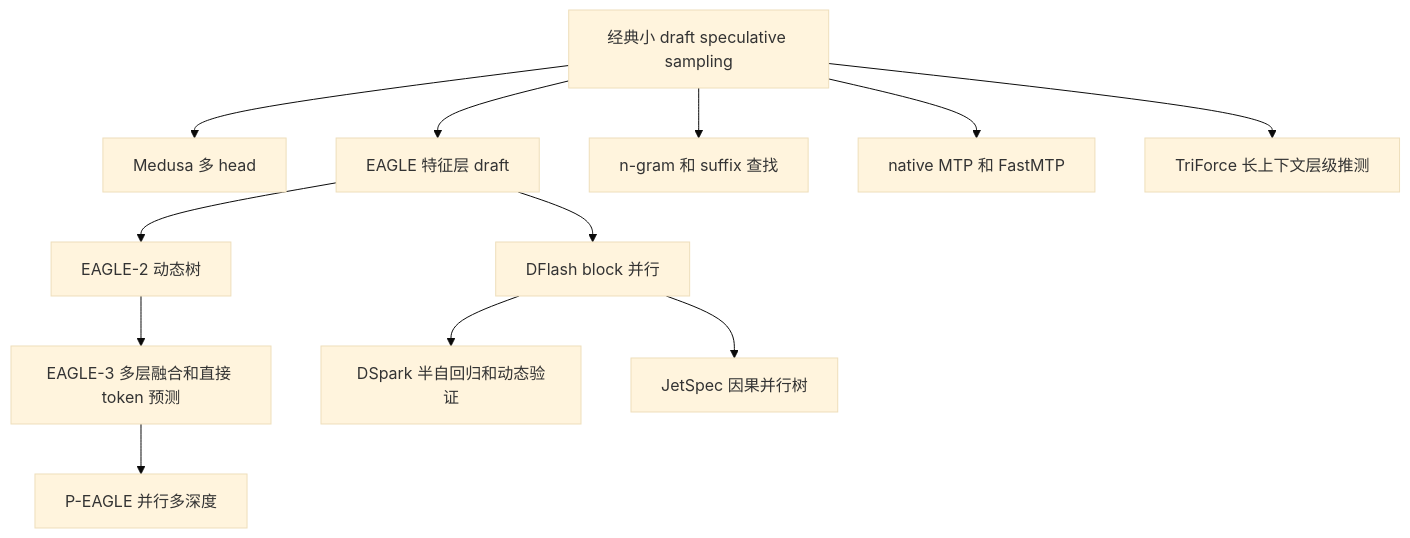
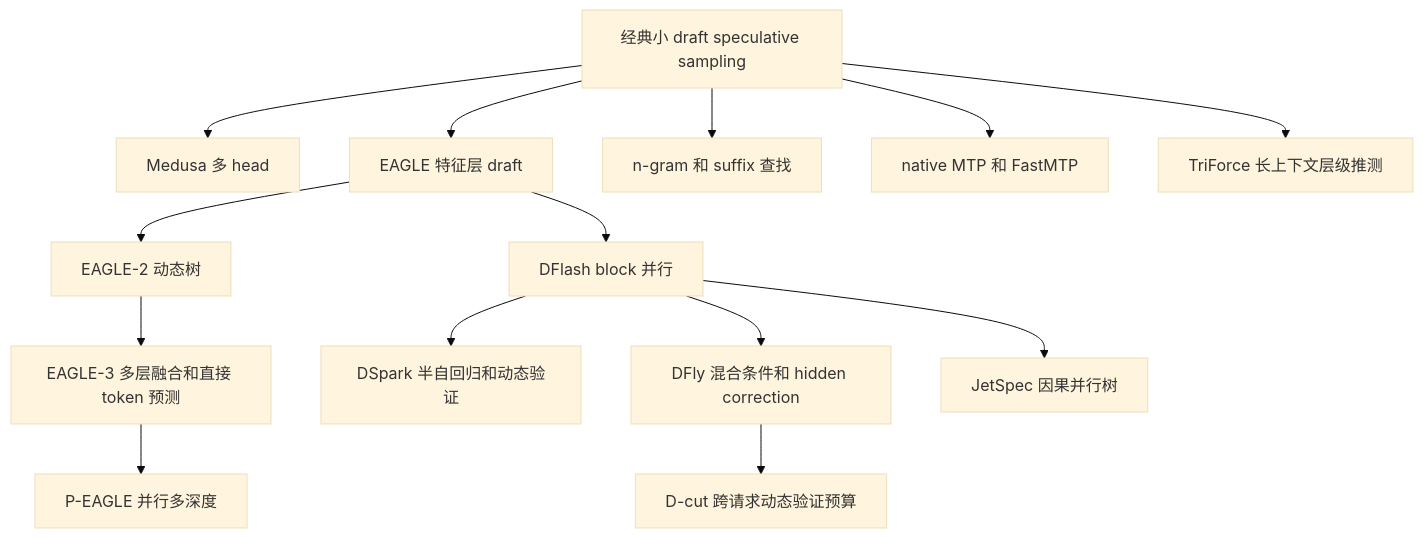
The second of 12 diagrams in Technique/speculative_decoding_technique_comparison_glm52_report_20260721.md (aliceengle/paper_and_technique_share), drawn with Mermaid (base theme) before and after one commit. The commit also changed other lines of this file and 1 other file, not shown here.

````diff
--- a/Technique/speculative_decoding_technique_comparison_glm52_report_20260721.md
+++ b/Technique/speculative_decoding_technique_comparison_glm52_report_20260721.md
@@ -352,14 +356,16 @@
 ```mermaid
 flowchart TD
     A[经典小 draft speculative sampling] --> B[Medusa 多 head]
     A --> C[EAGLE 特征层 draft]
     C --> D[EAGLE-2 动态树]
     D --> E[EAGLE-3 多层融合和直接 token 预测]
     E --> F[P-EAGLE 并行多深度]
     A --> G[n-gram 和 suffix 查找]
     A --> H[native MTP 和 FastMTP]
     C --> I[DFlash block 并行]
     I --> J[DSpark 半自回归和动态验证]
+    I --> M[DFly 混合条件和 hidden correction]
+    M --> N[D-cut 跨请求动态验证预算]
     I --> K[JetSpec 因果并行树]
     A --> L[TriForce 长上下文层级推测]
 ```
````
